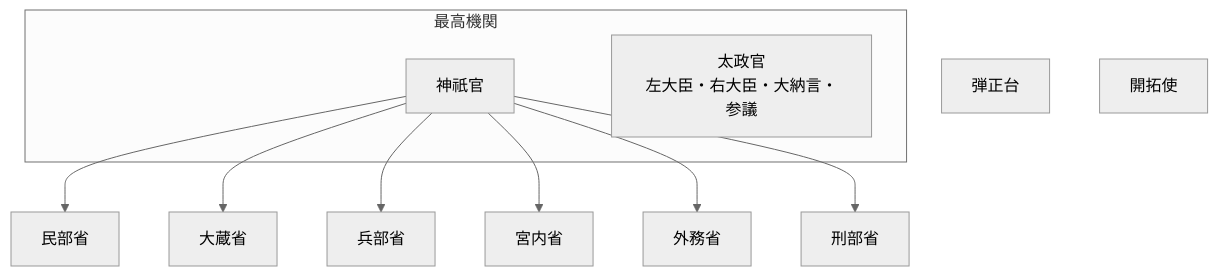
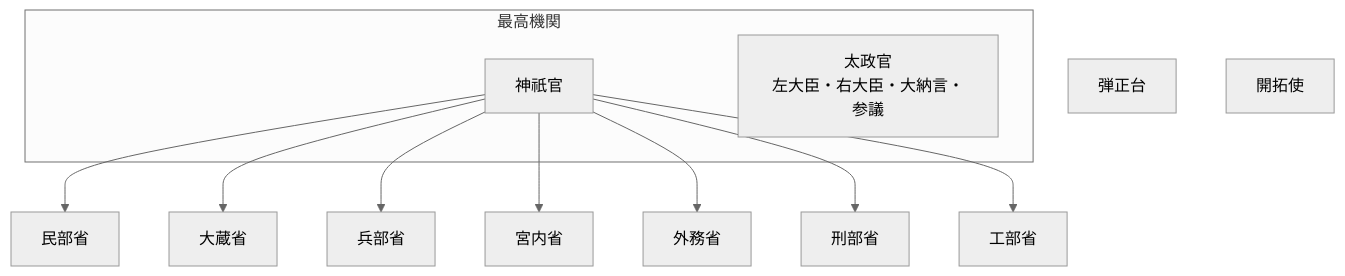
Before and after one commit to tatemaru/jp-admin-org-chart: the diagram in README.md, drawn with Mermaid (neutral theme). The commit also changed other lines of this file, not shown here.

First line of the commit message:
feat(工部省): 工部省を設置

````diff
--- a/README.md
+++ b/README.md
@@ -9,22 +9,24 @@
 ```mermaid
 flowchart TB
   subgraph top["最高機関"]
     JingiKan["神祇官"]
     Dajokan["太政官
 左大臣・右大臣・大納言・参議"]
   end
   Minbu["民部省"]
   JingiKan --> Minbu
   Okura["大蔵省"]
   JingiKan --> Okura
   Hyobu["兵部省"]
   JingiKan --> Hyobu
   Kunai["宮内省"]
   JingiKan --> Kunai
   Gaimu["外務省"]
   JingiKan --> Gaimu
   Keibu["刑部省"]
   JingiKan --> Keibu
+  Kobu["工部省"]
+  JingiKan --> Kobu
   Danjo["弾正台"]
   Kaitaku["開拓使"]
 ```
````
